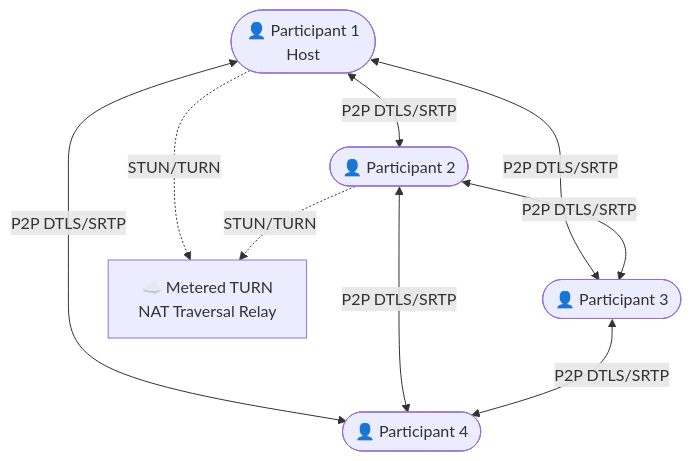
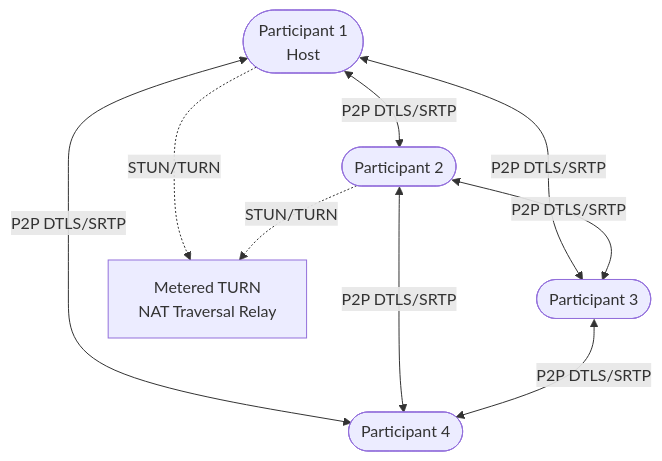
One commit to Saurabh1127/Final-year changed the fourth of 6 diagrams in README.md. Above: the diagram before and after it, drawn with Mermaid. The commit also changed other lines of this file and 32 other files, not shown here.

````diff
--- a/README.md
+++ b/README.md
@@ -121,18 +121,18 @@
 ```mermaid
 graph TD
-    P1(["👤 Participant 1\nHost"])
-    P2(["👤 Participant 2"])
-    P3(["👤 Participant 3"])
-    P4(["👤 Participant 4"])
+    P1(["Participant 1\nHost"])
+    P2(["Participant 2"])
+    P3(["Participant 3"])
+    P4(["Participant 4"])
 
     P1 <-->|"P2P DTLS/SRTP"| P2
     P1 <-->|"P2P DTLS/SRTP"| P3
     P1 <-->|"P2P DTLS/SRTP"| P4
     P2 <-->|"P2P DTLS/SRTP"| P3
     P2 <-->|"P2P DTLS/SRTP"| P4
     P3 <-->|"P2P DTLS/SRTP"| P4
 
-    TURN["☁️ Metered TURN\nNAT Traversal Relay"]
+    TURN["Metered TURN\nNAT Traversal Relay"]
     P1 -.->|STUN/TURN| TURN
     P2 -.->|STUN/TURN| TURN
 ```
````
